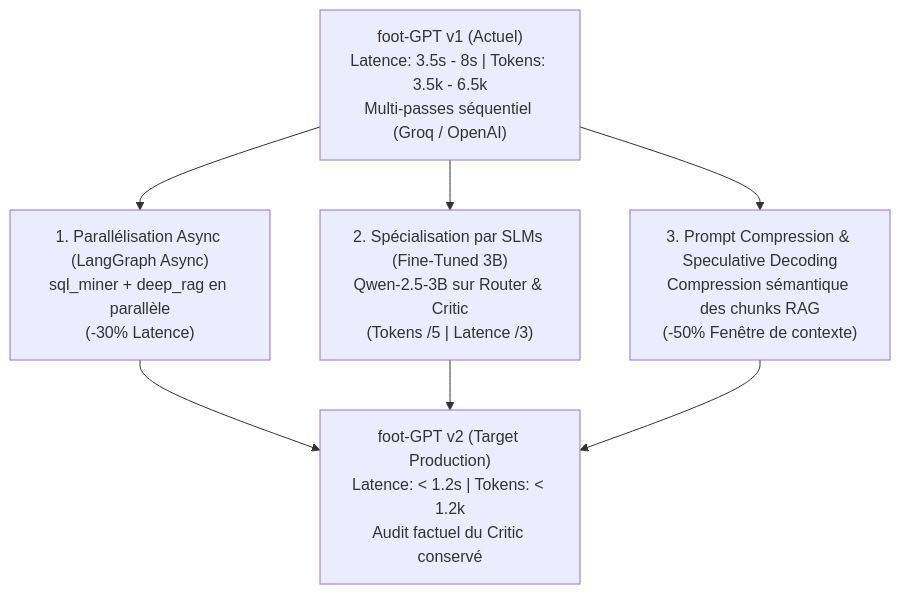
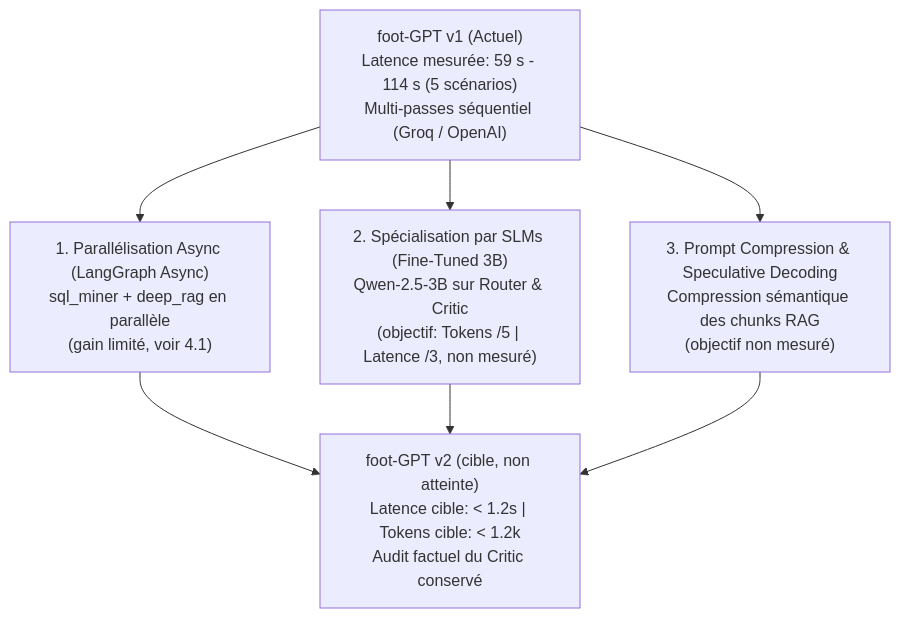
Before and after one commit to Ovide165/Foot-GPT: the diagram in GUIDE_LATENCE_TOKENS_LLMOPS.md, drawn with Mermaid. The commit also changed other lines of this file and 6 other files, not shown here.

````diff
--- a/GUIDE_LATENCE_TOKENS_LLMOPS.md
+++ b/GUIDE_LATENCE_TOKENS_LLMOPS.md
@@ -65,10 +70,10 @@
 ```mermaid
 flowchart TD
-    v1["foot-GPT v1 (Actuel)\nLatence: 3.5s - 8s | Tokens: 3.5k - 6.5k\nMulti-passes séquentiel (Groq / OpenAI)"]
+    v1["foot-GPT v1 (Actuel)\nLatence mesurée: 59 s - 114 s (5 scénarios)\nMulti-passes séquentiel (Groq / OpenAI)"]
     
-    v1 --> OPT1["1. Parallélisation Async (LangGraph Async)\nsql_miner + deep_rag en parallèle\n(-30% Latence)"]
-    v1 --> OPT2["2. Spécialisation par SLMs (Fine-Tuned 3B)\nQwen-2.5-3B sur Router & Critic\n(Tokens /5 | Latence /3)"]
-    v1 --> OPT3["3. Prompt Compression & Speculative Decoding\nCompression sémantique des chunks RAG\n(-50% Fenêtre de contexte)"]
+    v1 --> OPT1["1. Parallélisation Async (LangGraph Async)\nsql_miner + deep_rag en parallèle\n(gain limité, voir 4.1)"]
+    v1 --> OPT2["2. Spécialisation par SLMs (Fine-Tuned 3B)\nQwen-2.5-3B sur Router & Critic\n(objectif: Tokens /5 | Latence /3, non mesuré)"]
+    v1 --> OPT3["3. Prompt Compression & Speculative Decoding\nCompression sémantique des chunks RAG\n(objectif non mesuré)"]
     
-    OPT1 & OPT2 & OPT3 --> v2["foot-GPT v2 (Target Production)\nLatence: < 1.2s | Tokens: < 1.2k\nAudit factuel du Critic conservé"]
+    OPT1 & OPT2 & OPT3 --> v2["foot-GPT v2 (cible, non atteinte)\nLatence cible: < 1.2s | Tokens cible: < 1.2k\nAudit factuel du Critic conservé"]
 ```
````
